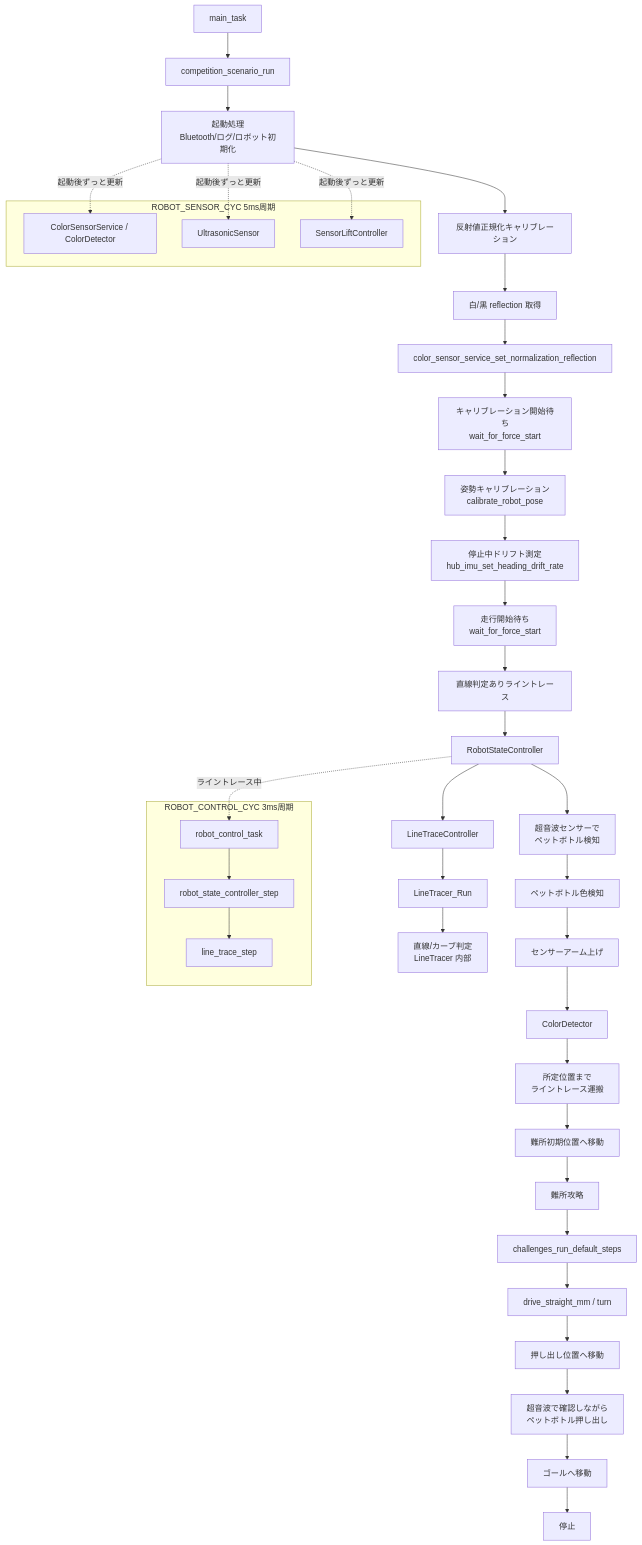
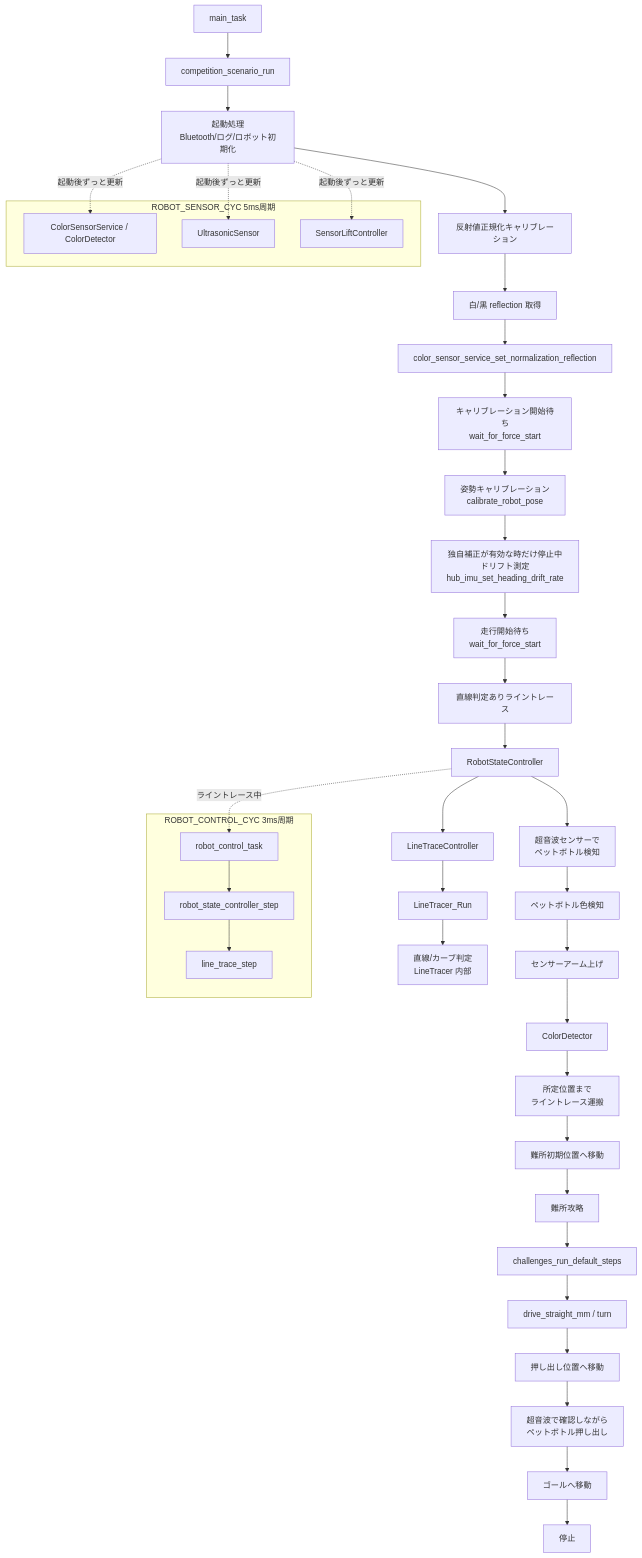
One commit to nakamoto007/ET- changed the diagram in sdk/workspace/etrobo_app_0/FUNCTION.md. Above: the diagram before and after it, drawn with Mermaid. The commit also changed other lines of this file and 72 other files, not shown here.

````diff
--- a/sdk/workspace/etrobo_app_0/FUNCTION.md
+++ b/sdk/workspace/etrobo_app_0/FUNCTION.md
@@ -54,53 +54,53 @@
 ```mermaid
 flowchart TD
     A["main_task"] --> B["competition_scenario_run"]
     B --> B1["起動処理<br/>Bluetooth/ログ/ロボット初期化"]
     B1 --> C["反射値正規化キャリブレーション"]
     C --> C1["白/黒 reflection 取得"]
     C1 --> C2["color_sensor_service_set_normalization_reflection"]
     C2 --> B2["キャリブレーション開始待ち<br/>wait_for_force_start"]
     B2 --> D["姿勢キャリブレーション<br/>calibrate_robot_pose"]
-    D --> D1["停止中ドリフト測定<br/>hub_imu_set_heading_drift_rate"]
+    D --> D1["独自補正が有効な時だけ停止中ドリフト測定<br/>hub_imu_set_heading_drift_rate"]
     D1 --> B3["走行開始待ち<br/>wait_for_force_start"]
 
     B3 --> E["直線判定ありライントレース"]
     E --> E1["RobotStateController"]
     E1 --> E2["LineTraceController"]
     E2 --> E3["LineTracer_Run"]
     E3 --> E4["直線/カーブ判定<br/>LineTracer 内部"]
     E1 --> F["超音波センサーで<br/>ペットボトル検知"]
 
     F --> G["ペットボトル色検知"]
     G --> G1["センサーアーム上げ"]
     G1 --> G2["ColorDetector"]
     G2 --> H["所定位置まで<br/>ライントレース運搬"]
 
     H --> I["難所初期位置へ移動"]
     I --> J["難所攻略"]
     J --> J1["challenges_run_default_steps"]
     J1 --> J2["drive_straight_mm / turn"]
 
     J2 --> K["押し出し位置へ移動"]
     K --> L["超音波で確認しながら<br/>ペットボトル押し出し"]
     L --> M["ゴールへ移動"]
     M --> N["停止"]
 
     subgraph SensorCycle["ROBOT_SENSOR_CYC 5ms周期"]
       S1["ColorSensorService / ColorDetector"]
       S2["UltrasonicSensor"]
       S3["SensorLiftController"]
     end
 
     subgraph LineTraceCycle["ROBOT_CONTROL_CYC 3ms周期"]
       R1["robot_control_task"]
       R2["robot_state_controller_step"]
       R3["line_trace_step"]
       R1 --> R2
       R2 --> R3
     end
 
     E1 -.->|ライントレース中| R1
     B1 -.->|起動後ずっと更新| S1
     B1 -.->|起動後ずっと更新| S2
     B1 -.->|起動後ずっと更新| S3
 ```
````
